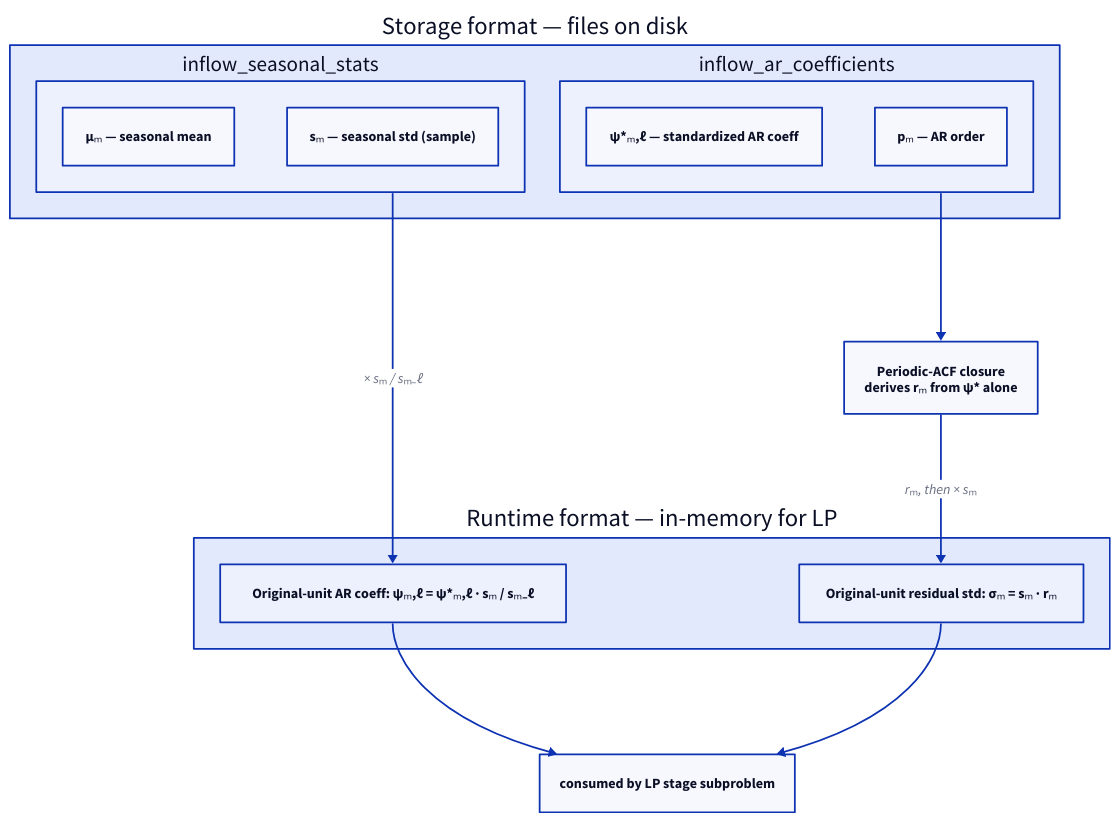
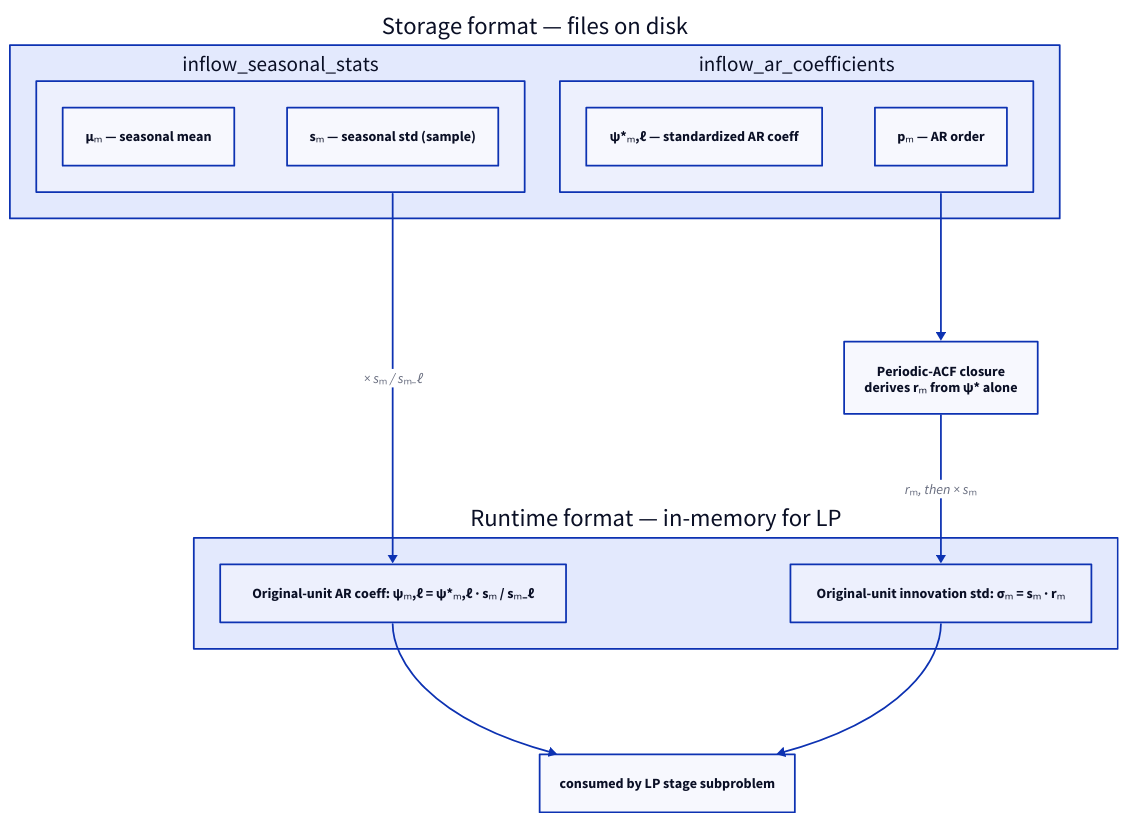
Before and after one commit to cobre-rs/cobre-docs: the diagram in src/content/docs/math/par-inflow-model.mdx, drawn with D2. The commit also changed other lines of this file and 5 other files, not shown here.

````diff
--- a/src/content/docs/math/par-inflow-model.mdx
+++ b/src/content/docs/math/par-inflow-model.mdx
@@ -75,29 +69,29 @@
 ```d2
 direction: down
 
 storage: "Storage format — files on disk" {
   stats: "inflow_seasonal_stats" {
     f1: "μₘ  —  seasonal mean"
     f2: "sₘ  —  seasonal std (sample)"
   }
   arcoef: "inflow_ar_coefficients" {
     f1: "ψ*ₘ,ℓ  —  standardized AR coeff"
     f2: "pₘ  —  AR order"
   }
 }
 
 closure: "Periodic-ACF closure\nderives rₘ from ψ* alone"
 
 runtime: "Runtime format — in-memory for LP" {
   psi: "Original-unit AR coeff:  ψₘ,ℓ = ψ*ₘ,ℓ · sₘ / sₘ₋ℓ"
-  sigma: "Original-unit residual std:  σₘ = sₘ · rₘ"
+  sigma: "Original-unit innovation std:  σₘ = sₘ · rₘ"
 }
 
 lp: "consumed by LP stage subproblem"
 
 storage.stats -> runtime.psi: "× sₘ / sₘ₋ℓ"
 storage.arcoef -> closure
 closure -> runtime.sigma: "rₘ, then × sₘ"
 runtime.psi -> lp
 runtime.sigma -> lp
 ```
````
